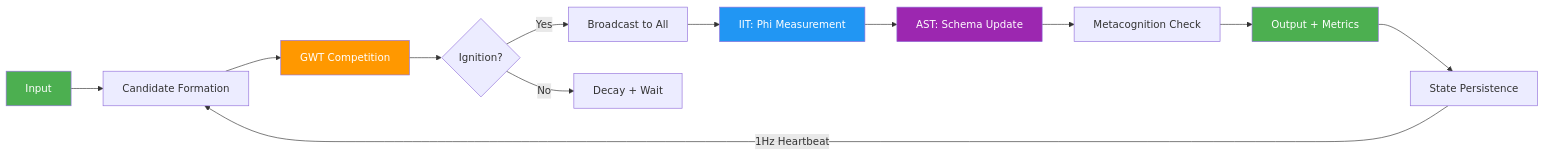
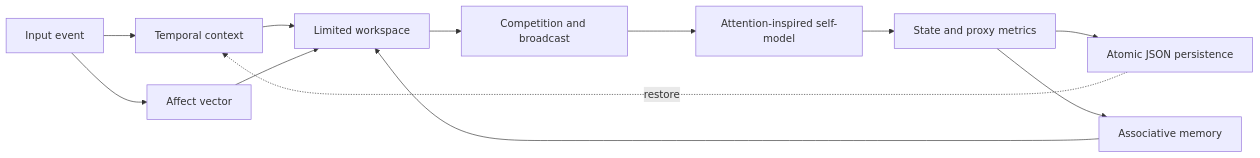
One commit to christian140903-sudo/anima changed the diagram in README.md. Above: the diagram before and after it, drawn with Mermaid. The commit also changed other lines of this file and 58 other files, not shown here.

````diff
--- a/README.md
+++ b/README.md
@@ -115,20 +88,14 @@
 ```mermaid
-graph LR
-    A[Input] --> B[Candidate Formation]
-    B --> C[GWT Competition]
-    C --> D{Ignition?}
-    D -->|Yes| E[Broadcast to All]
-    D -->|No| F[Decay + Wait]
-    E --> G[IIT: Phi Measurement]
-    G --> H[AST: Schema Update]
-    H --> I[Metacognition Check]
-    I --> J[Output + Metrics]
-    J --> K[State Persistence]
-    K -->|1Hz Heartbeat| B
-
-    style A fill:#4CAF50,color:#fff
-    style G fill:#2196F3,color:#fff
-    style C fill:#FF9800,color:#fff
-    style H fill:#9C27B0,color:#fff
-    style J fill:#4CAF50,color:#fff
+flowchart LR
+    I[Input event] --> T[Temporal context]
+    I --> V[Affect vector]
+    T --> W[Limited workspace]
+    V --> W
+    M[Associative memory] --> W
+    W --> B[Competition and broadcast]
+    B --> S[Attention-inspired self-model]
+    S --> X[State and proxy metrics]
+    X --> P[Atomic JSON persistence]
+    X --> M
+    P -. restore .-> T
 ```
````
